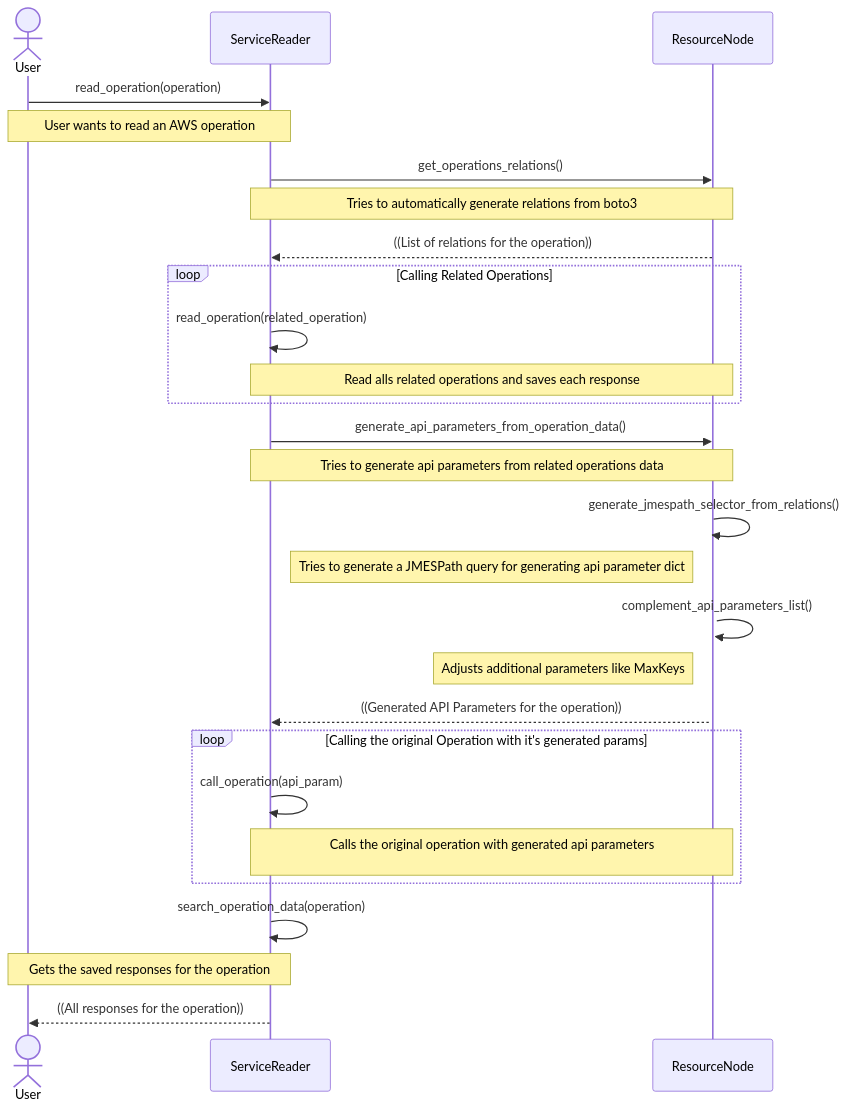
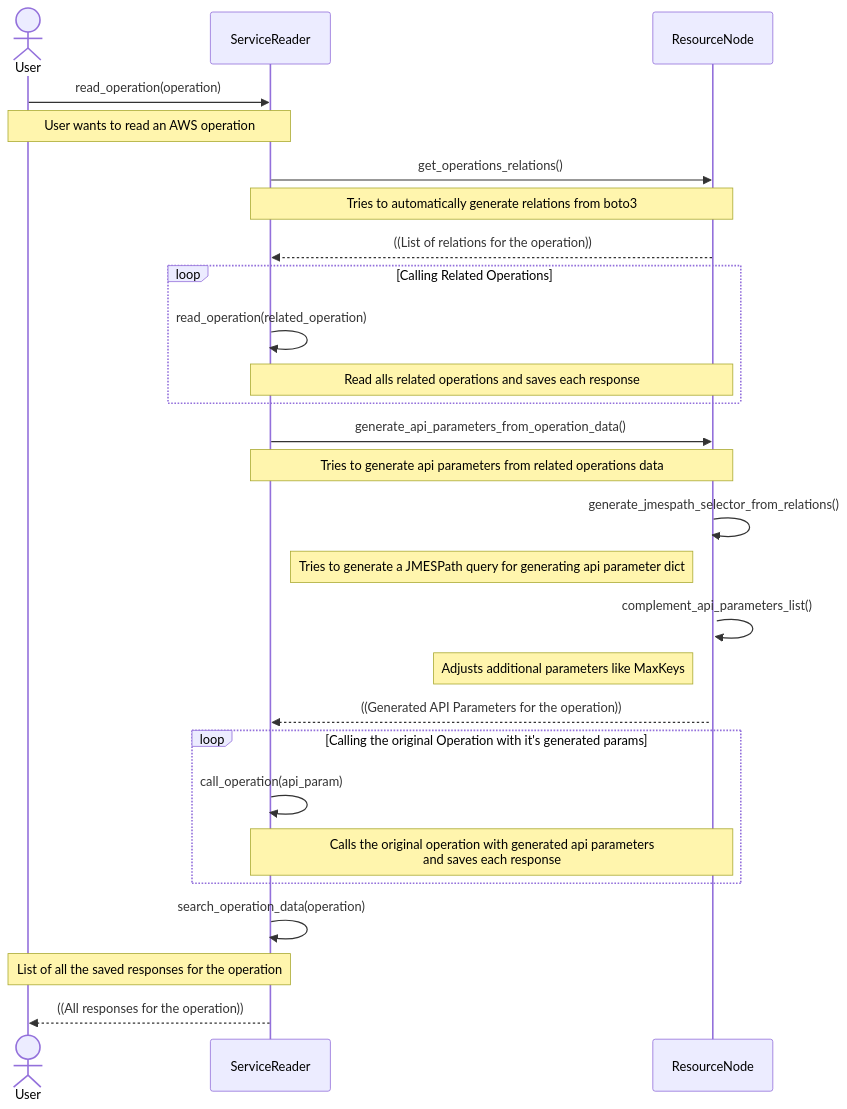
The diagram in docs/how-it-works/reading-operations.md (oguzhan-yilmaz/balcony), drawn with Mermaid before and after one commit. The commit also changed 7 other files, not shown here.

````diff
--- a/docs/how-it-works/reading-operations.md
+++ b/docs/how-it-works/reading-operations.md
@@ -2,42 +2,42 @@
 ``` mermaid
 sequenceDiagram
   actor User
   participant SR as ServiceReader
   participant RN as ResourceNode
   User->>SR: read_operation(operation)
   Note over User,SR: User wants to read an AWS operation
 
   SR->>RN: get_operations_relations()
   Note over SR,RN: Tries to automatically generate relations from boto3
 
   RN-->>SR: ((List of relations for the operation))
   loop Calling Related Operations
     SR->>SR: read_operation(related_operation)
     Note over SR,RN: Read alls related operations and saves each response
   end
   
   
   SR->>RN: generate_api_parameters_from_operation_data()
   Note over SR,RN: Tries to generate api parameters from related operations data
   RN->>+RN: generate_jmespath_selector_from_relations()
   Note left of RN: Tries to generate a JMESPath query for generating api parameter dict
 
   RN->>+RN: complement_api_parameters_list()
   Note left of RN: Adjusts additional parameters like MaxKeys
   RN-->>SR: ((Generated API Parameters for the operation))
 
 
 
 
   loop Calling the original Operation with it's generated params
     SR->>SR: call_operation(api_param)
-    Note over SR,RN: Calls the original operation with generated api parameters <br/>  
+    Note over SR,RN: Calls the original operation with generated api parameters <br/> and saves each response
   end
   
 
   SR->>SR: search_operation_data(operation)
-  Note over User,SR: Gets the saved responses for the operation
+  Note over User,SR: List of all the saved responses for the operation
 
   SR-->>User: ((All responses for the operation))
 
 ```
````
